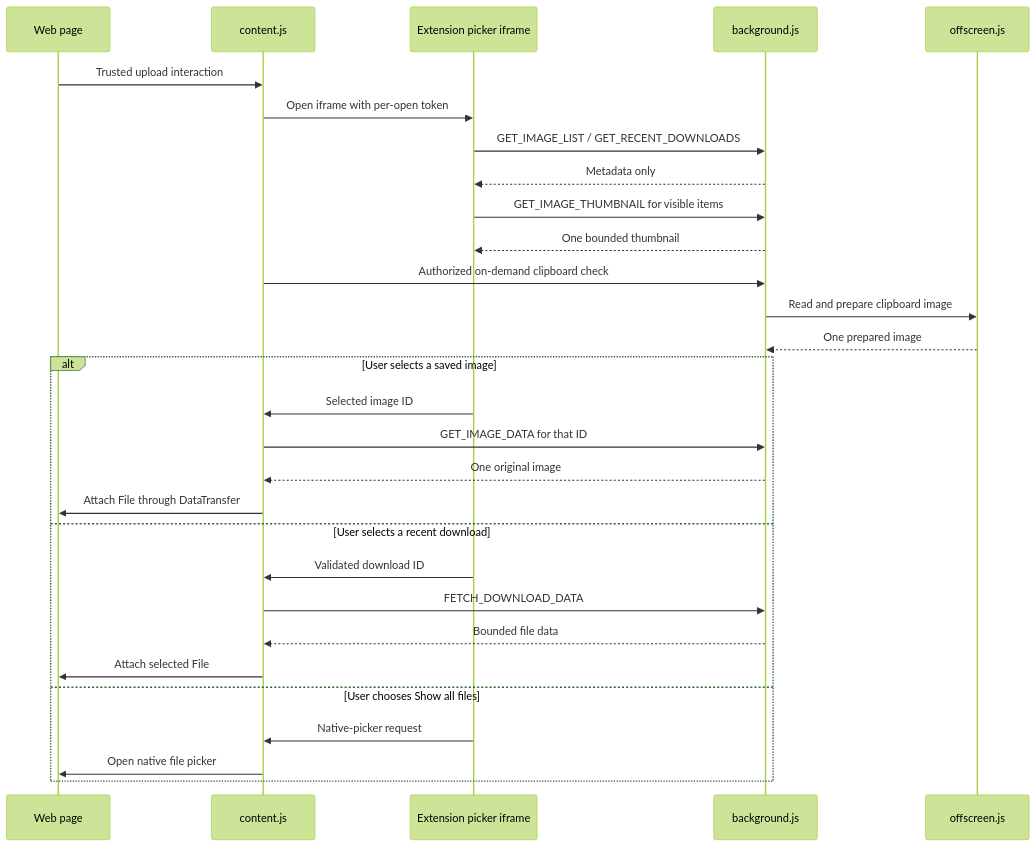
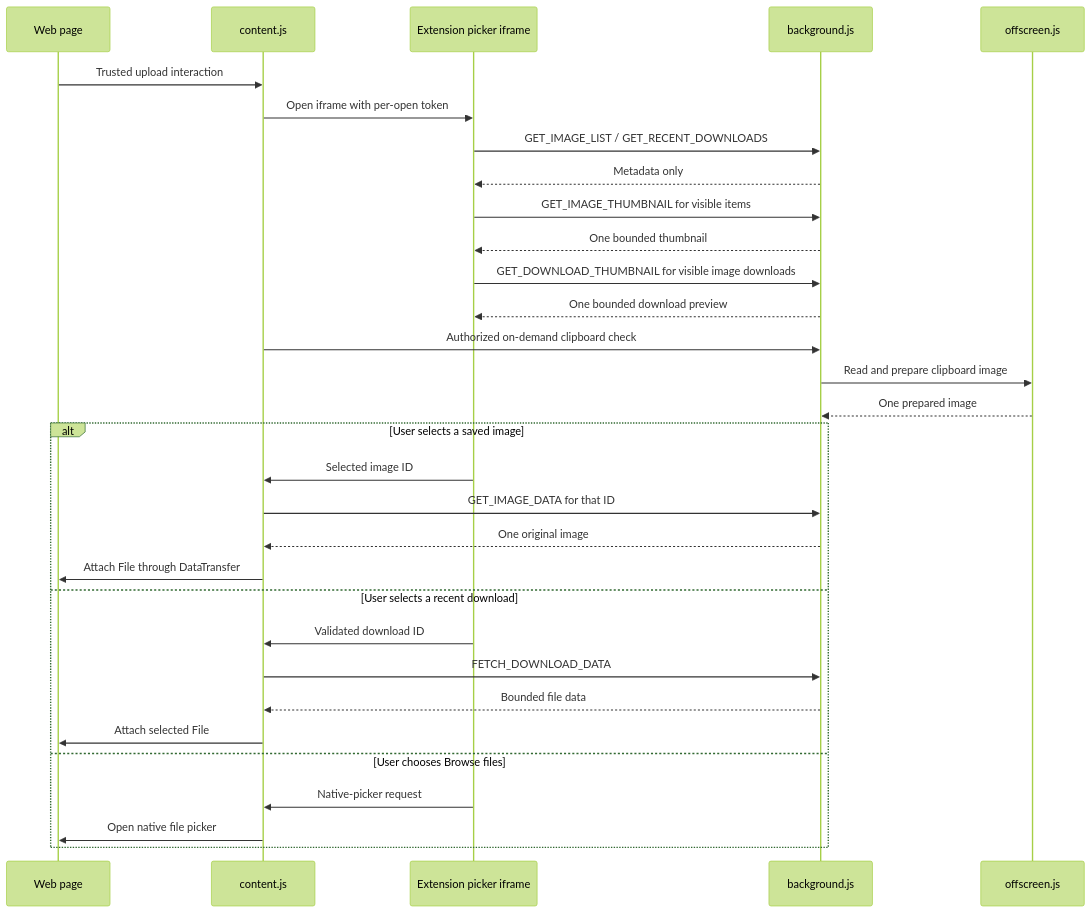
The diagram in README.md (NourHacibayram/Easy-File-Extension), drawn with Mermaid (forest theme) before and after one commit. The commit also changed other lines of this file and 12 other files, not shown here.

Commit message:
feat: implement background and picker logic to support image download previews

````diff
--- a/README.md
+++ b/README.md
@@ -66,33 +67,35 @@
 ```mermaid
 sequenceDiagram
     participant Page as Web page
     participant Host as content.js
     participant Picker as Extension picker iframe
     participant Worker as background.js
     participant Offscreen as offscreen.js
 
     Page->>Host: Trusted upload interaction
     Host->>Picker: Open iframe with per-open token
     Picker->>Worker: GET_IMAGE_LIST / GET_RECENT_DOWNLOADS
     Worker-->>Picker: Metadata only
     Picker->>Worker: GET_IMAGE_THUMBNAIL for visible items
     Worker-->>Picker: One bounded thumbnail
+    Picker->>Worker: GET_DOWNLOAD_THUMBNAIL for visible image downloads
+    Worker-->>Picker: One bounded download preview
     Host->>Worker: Authorized on-demand clipboard check
     Worker->>Offscreen: Read and prepare clipboard image
     Offscreen-->>Worker: One prepared image
 
     alt User selects a saved image
         Picker->>Host: Selected image ID
         Host->>Worker: GET_IMAGE_DATA for that ID
         Worker-->>Host: One original image
         Host->>Page: Attach File through DataTransfer
     else User selects a recent download
         Picker->>Host: Validated download ID
         Host->>Worker: FETCH_DOWNLOAD_DATA
         Worker-->>Host: Bounded file data
         Host->>Page: Attach selected File
-    else User chooses Show all files
+    else User chooses Browse files
         Picker->>Host: Native-picker request
         Host->>Page: Open native file picker
     end
 ```
````
